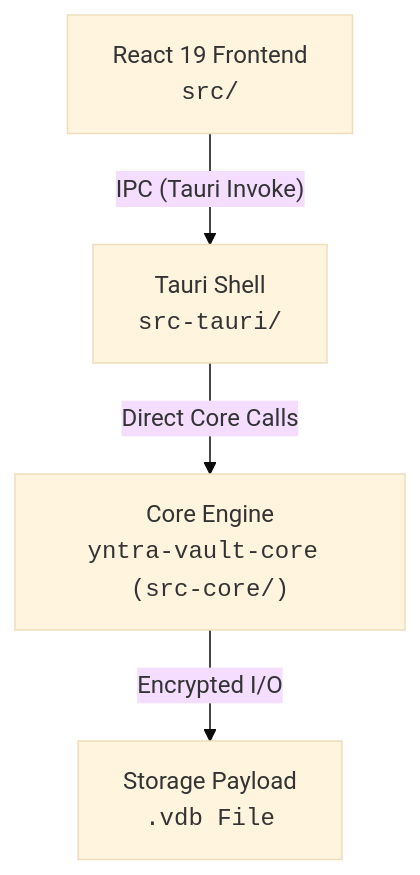
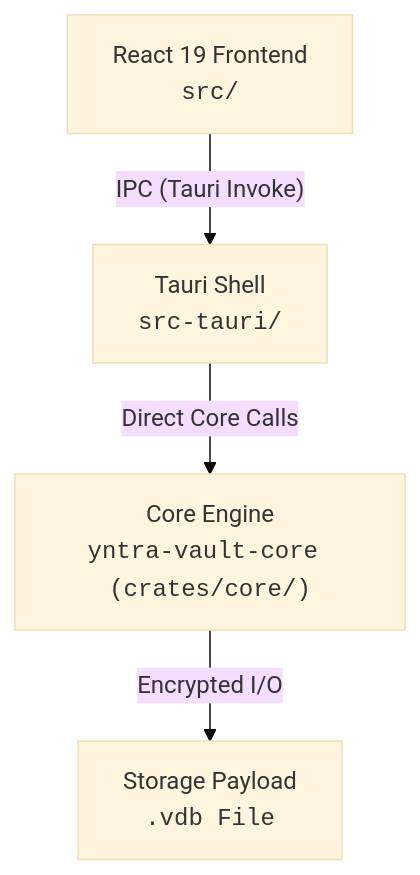
One commit to YntraAB/yntra-vault changed the second of 2 diagrams in README.md. Above: the diagram before and after it, drawn with Mermaid (base theme). The commit also changed other lines of this file and 383 other files, not shown here.

Commit message:
Release Yntra Vault v0.1.0

````diff
--- a/README.md
+++ b/README.md
@@ -42,6 +42,6 @@
 ```mermaid
 graph TD
     A["React 19 Frontend<br/><code>src/</code>"] -->|"IPC (Tauri Invoke)"| B["Tauri Shell<br/><code>src-tauri/</code>"]
-    B -->|"Direct Core Calls"| C["Core Engine<br/><code>yntra-vault-core (src-core/)</code>"]
+    B -->|"Direct Core Calls"| C["Core Engine<br/><code>yntra-vault-core (crates/core/)</code>"]
     C -->|"Encrypted I/O"| D["Storage Payload<br/><code>.vdb File</code>"]
 ```
````
